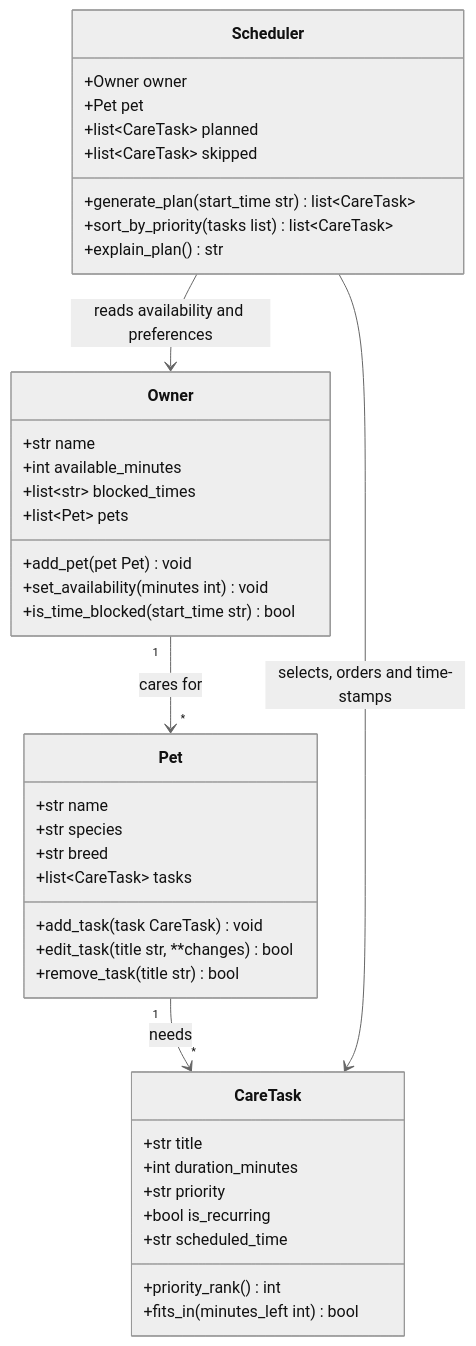
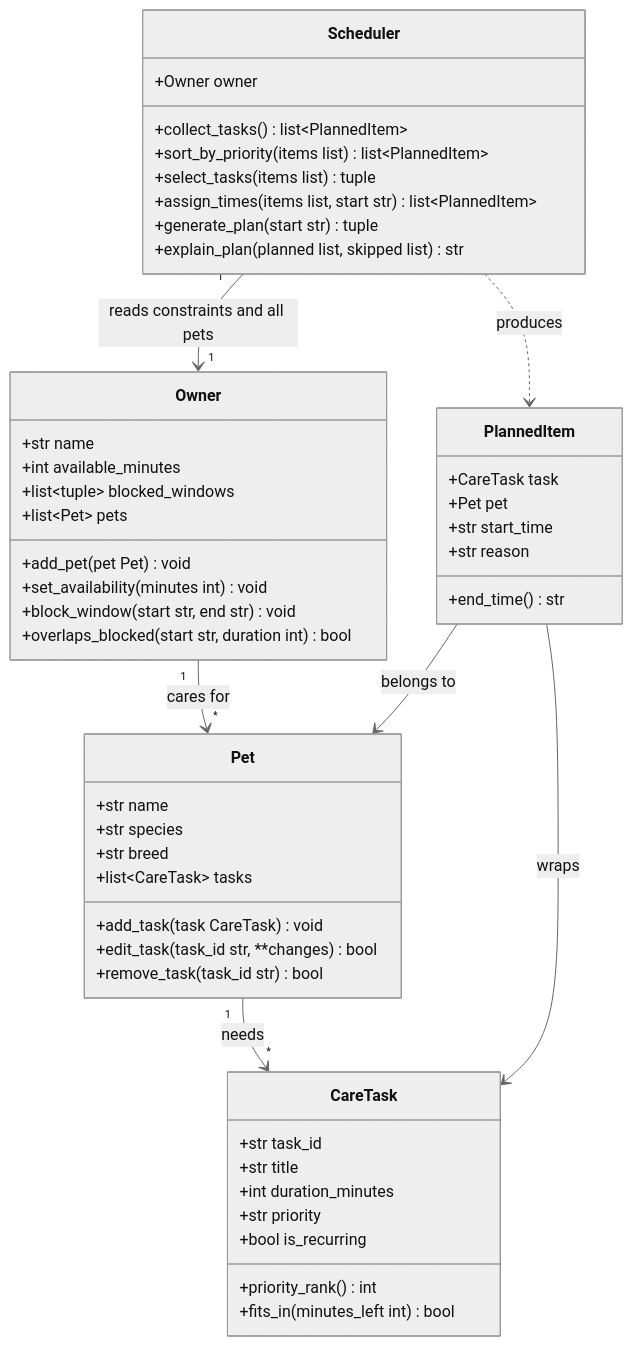
The diagram in diagrams/uml_draft.mmd (THEFLASH10002/ai110-module2show-pawpal-starter), drawn with Mermaid (neutral theme) before and after one commit. The commit also changed 2 other files, not shown here.

Commit message:
Revise skeleton after design review; answer reflection 1a and 1b
Review of the class stubs surfaced six issues. Address all of them:
scheduler now takes the Owner and plans across every pet, CareTask gains
a stable task_id, blocked times become start/end windows checked against
task duration, generate_plan splits into collect/sort/select/assign, and
explain_plan takes the plan as an argument instead of reading state.

Reintroduce a PlannedItem class, reversing the earlier decision to leave
it out: storing scheduled_time on CareTask meant planning mutated the
pet's canonical task list and left stale timestamps on skipped tasks.

Update diagrams/uml_draft.mmd to match, and restore the a/b lettering in
reflection.md so the core actions read as a lead-in rather than 1a.

```diff
--- a/diagrams/uml_draft.mmd
+++ b/diagrams/uml_draft.mmd
@@ -1,47 +1,59 @@
 classDiagram
-    %% PawPal+ draft design (Phase 2). Revisit and update in Phase 6.
+    %% PawPal+ working diagram. Drafted in Phase 2, revised in Phase 3
+    %% after reviewing the skeleton. Revisit again in Phase 6.
 
     class Owner {
         +str name
         +int available_minutes
-        +list~str~ blocked_times
+        +list~tuple~ blocked_windows
         +list~Pet~ pets
         +add_pet(pet Pet) void
         +set_availability(minutes int) void
-        +is_time_blocked(start_time str) bool
+        +block_window(start str, end str) void
+        +overlaps_blocked(start str, duration int) bool
     }
 
     class Pet {
         +str name
         +str species
         +str breed
         +list~CareTask~ tasks
         +add_task(task CareTask) void
-        +edit_task(title str, **changes) bool
-        +remove_task(title str) bool
+        +edit_task(task_id str, **changes) bool
+        +remove_task(task_id str) bool
     }
 
     class CareTask {
+        +str task_id
         +str title
         +int duration_minutes
         +str priority
         +bool is_recurring
-        +str scheduled_time
         +priority_rank() int
         +fits_in(minutes_left int) bool
     }
 
+    class PlannedItem {
+        +CareTask task
+        +Pet pet
+        +str start_time
+        +str reason
+        +end_time() str
+    }
+
     class Scheduler {
         +Owner owner
-        +Pet pet
-        +list~CareTask~ planned
-        +list~CareTask~ skipped
-        +generate_plan(start_time str) list~CareTask~
-        +sort_by_priority(tasks list) list~CareTask~
-        +explain_plan() str
+        +collect_tasks() list~PlannedItem~
+        +sort_by_priority(items list) list~PlannedItem~
+        +select_tasks(items list) tuple
+        +assign_times(items list, start str) list~PlannedItem~
+        +generate_plan(start str) tuple
+        +explain_plan(planned list, skipped list) str
     }
 
     Owner "1" --> "*" Pet : cares for
     Pet "1" --> "*" CareTask : needs
-    Scheduler --> Owner : reads availability and preferences
-    Scheduler --> CareTask : selects, orders and time-stamps
+    Scheduler "1" --> "1" Owner : reads constraints and all pets
+    Scheduler ..> PlannedItem : produces
+    PlannedItem --> CareTask : wraps
+    PlannedItem --> Pet : belongs to
```
